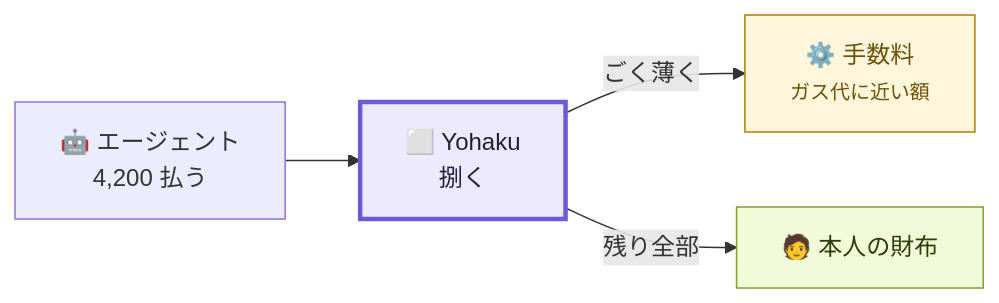
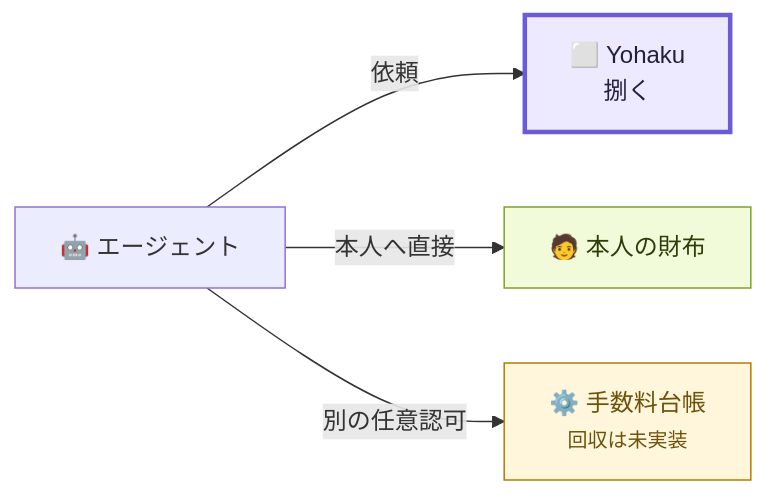
The first of 3 diagrams in docs/product/ECONOMICS.md (kou-uni/ethglobal-tokyo2026-uni), drawn with Mermaid before and after one commit. The commit also changed other lines of this file and 12 other files, not shown here.

````diff
--- a/docs/product/ECONOMICS.md
+++ b/docs/product/ECONOMICS.md
@@ -13,12 +15,12 @@
 ```mermaid
 flowchart LR
-  A["🤖 エージェント<br/>4,200 払う"] --> Y["⬜ Yohaku<br/>捌く"]
-  Y -->|"ごく薄く"| F["⚙️ 手数料<br/><small>ガス代に近い額</small>"]
-  Y -->|"残り全部"| W["🧑 本人の財布"]
+  A["🤖 エージェント"] -->|"依頼"| Y["⬜ Yohaku<br/>捌く"]
+  A -->|"本人へ直接"| W["🧑 本人の財布"]
+  A -->|"別の任意認可"| F["⚙️ 手数料台帳<br/><small>回収は未実装</small>"]
   classDef y fill:#EDE9FF,stroke:#6B5BD6,stroke-width:3px,color:#241f3d
   classDef g fill:#F2FBD9,stroke:#7FA326,color:#2F3D09
   classDef f fill:#FFF6DC,stroke:#B37C00,color:#6E520A
   class Y y
   class W g
   class F f
 ```
````
